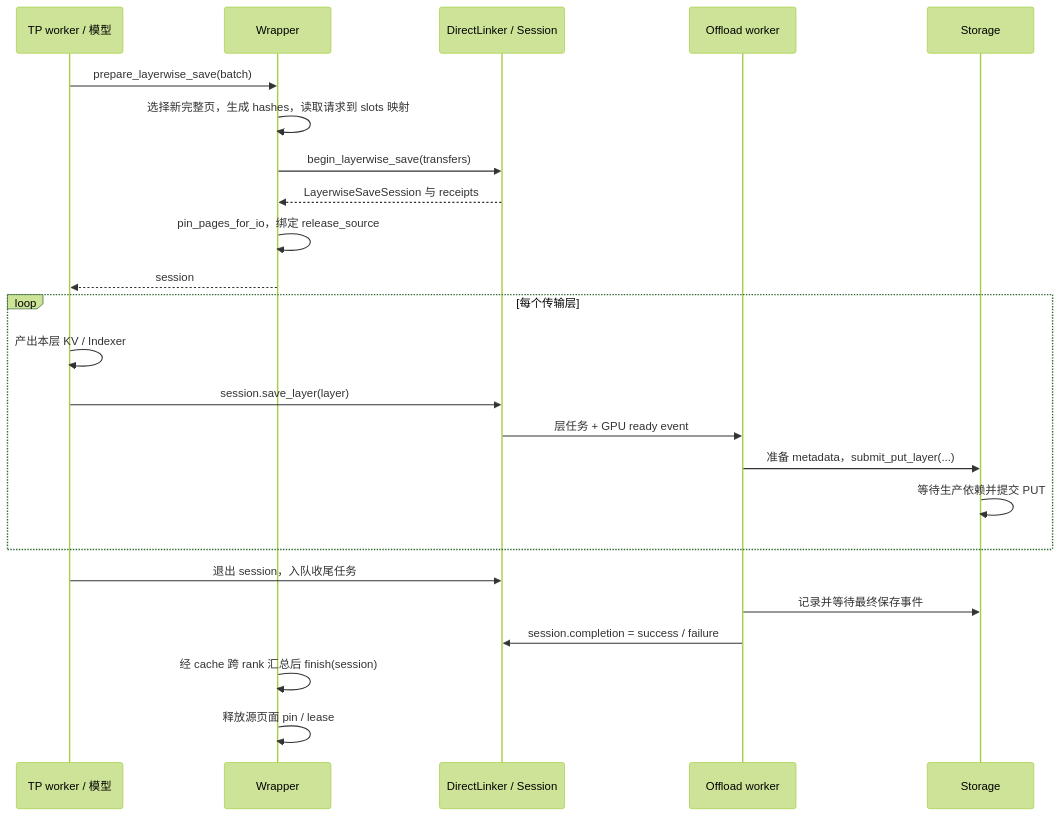
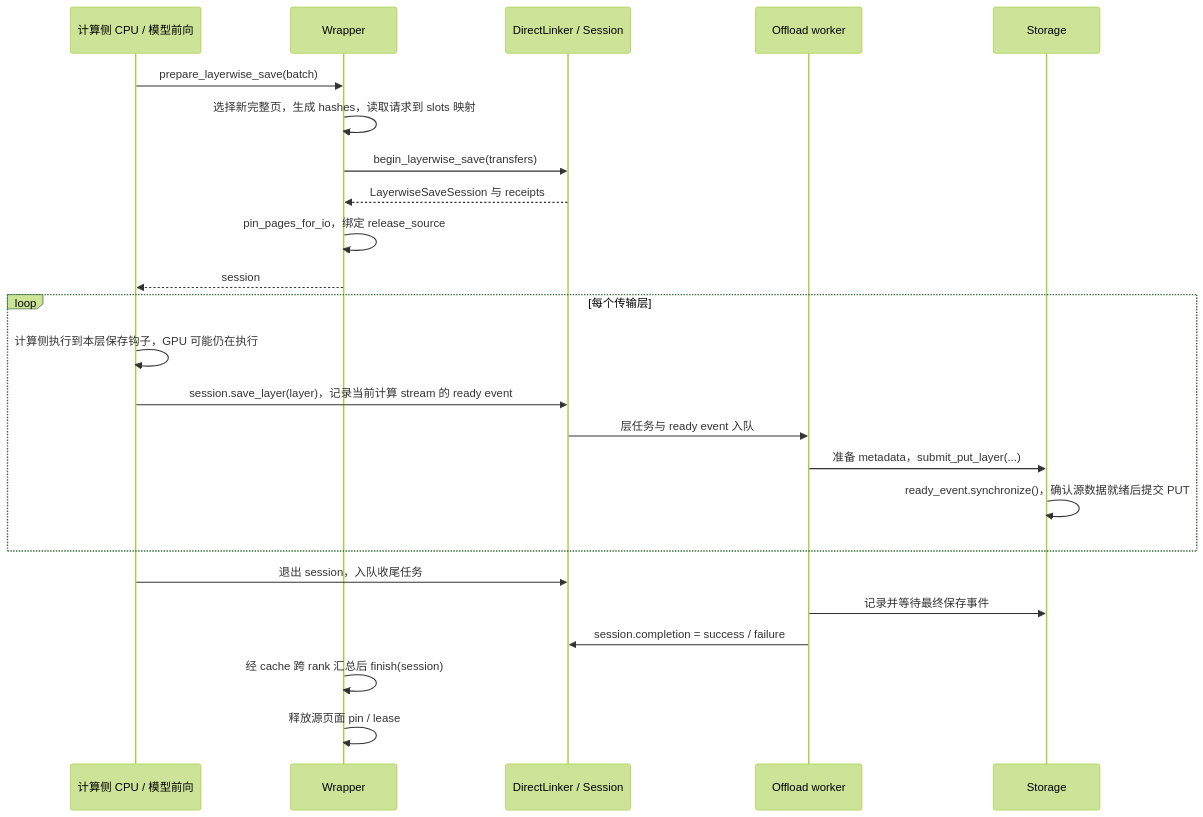
Diagram 11 of 13 in oceandisk_pc_architecture_walkthrough.md (yuanzhg078/sglang), drawn with Mermaid (forest theme) before and after one commit. The commit also changed other lines of this file and 1 other file, not shown here.

````diff
--- a/oceandisk_pc_architecture_walkthrough.md
+++ b/oceandisk_pc_architecture_walkthrough.md
@@ -819,26 +922,26 @@
 ```mermaid
 sequenceDiagram
-    participant T as TP worker / 模型
+    participant T as 计算侧 CPU / 模型前向
     participant W as Wrapper
     participant D as DirectLinker / Session
     participant B as Offload worker
     participant S as Storage
     T->>W: prepare_layerwise_save(batch)
     W->>W: 选择新完整页，生成 hashes，读取请求到 slots 映射
     W->>D: begin_layerwise_save(transfers)
     D-->>W: LayerwiseSaveSession 与 receipts
     W->>W: pin_pages_for_io，绑定 release_source
     W-->>T: session
     loop 每个传输层
-        T->>T: 产出本层 KV / Indexer
-        T->>D: session.save_layer(layer)
-        D->>B: 层任务 + GPU ready event
+        T->>T: 计算侧执行到本层保存钩子，GPU 可能仍在执行
+        T->>D: session.save_layer(layer)，记录当前计算 stream 的 ready event
+        D->>B: 层任务与 ready event 入队
         B->>S: 准备 metadata，submit_put_layer(...)
-        S->>S: 等待生产依赖并提交 PUT
+        S->>S: ready_event.synchronize()，确认源数据就绪后提交 PUT
     end
     T->>D: 退出 session，入队收尾任务
     B->>S: 记录并等待最终保存事件
     B->>D: session.completion = success / failure
     W->>W: 经 cache 跨 rank 汇总后 finish(session)
     W->>W: 释放源页面 pin / lease
 ```
````
